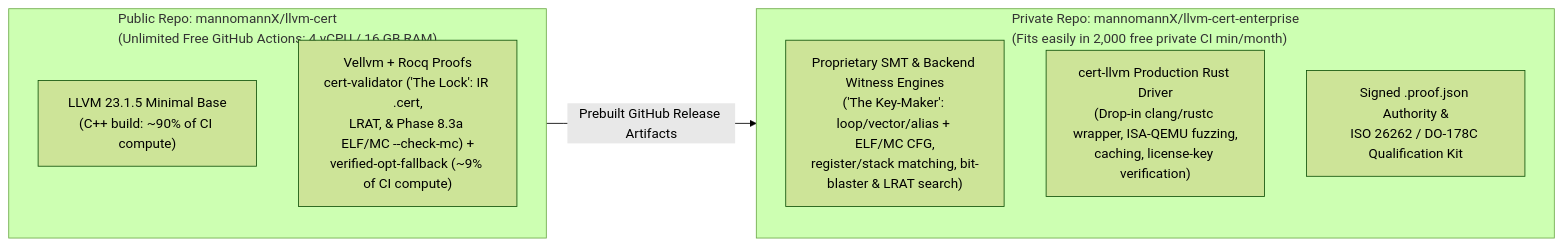
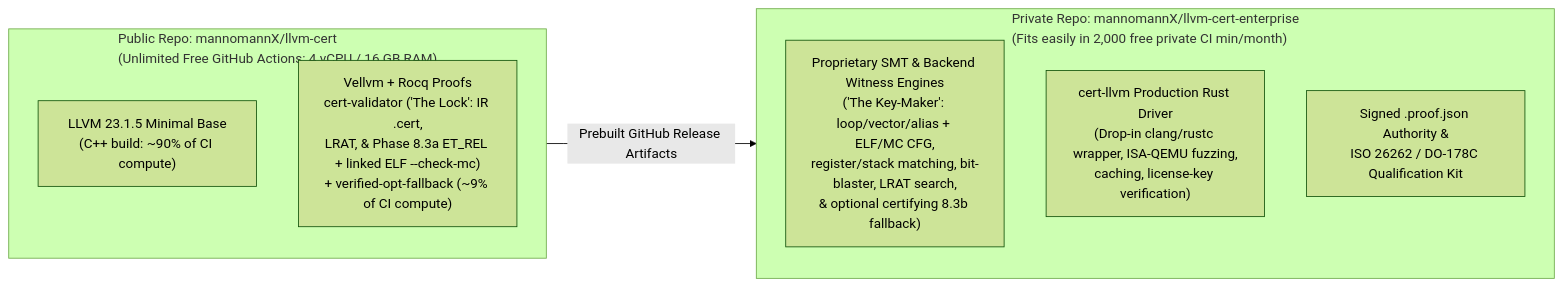
Before and after one commit to mannomannX/llvm-cert: the diagram in plan/business-model-and-ip-strategy.md, drawn with Mermaid (forest theme). The commit also changed other lines of this file and 2 other files, not shown here.

Commit message:
plan: refine Phase 8.3a post-link scope and 8.3b private certifying fallback

````diff
--- a/plan/business-model-and-ip-strategy.md
+++ b/plan/business-model-and-ip-strategy.md
@@ -24,15 +24,15 @@
 ```mermaid
 flowchart LR
     subgraph PublicRepo["Public Repo: mannomannX/llvm-cert\n(Unlimited Free GitHub Actions: 4 vCPU / 16 GB RAM)"]
         LLVM["LLVM 23.1.5 Minimal Base\n(C++ build: ~90% of CI compute)"]
-        Rocq["Vellvm + Rocq Proofs\ncert-validator ('The Lock': IR .cert,\nLRAT, & Phase 8.3a ELF/MC --check-mc) +\nverified-opt-fallback (~9% of CI compute)"]
+        Rocq["Vellvm + Rocq Proofs\ncert-validator ('The Lock': IR .cert,\nLRAT, & Phase 8.3a ET_REL + linked ELF --check-mc)\n+ verified-opt-fallback (~9% of CI compute)"]
     end
 
     subgraph PrivateRepo["Private Repo: mannomannX/llvm-cert-enterprise\n(Fits easily in 2,000 free private CI min/month)"]
-        Gen["Proprietary SMT & Backend Witness Engines\n('The Key-Maker': loop/vector/alias + ELF/MC CFG,\nregister/stack matching, bit-blaster & LRAT search)"]
+        Gen["Proprietary SMT & Backend Witness Engines\n('The Key-Maker': loop/vector/alias + ELF/MC CFG,\nregister/stack matching, bit-blaster, LRAT search,\n& optional certifying 8.3b fallback)"]
         Orch["cert-llvm Production Rust Driver\n(Drop-in clang/rustc wrapper, ISA-QEMU fuzzing,\ncaching, license-key verification)"]
         QKit["Signed .proof.json Authority &\nISO 26262 / DO-178C Qualification Kit"]
     end
 
     PublicRepo -->|"Prebuilt GitHub Release Artifacts"| PrivateRepo
 ```
````
